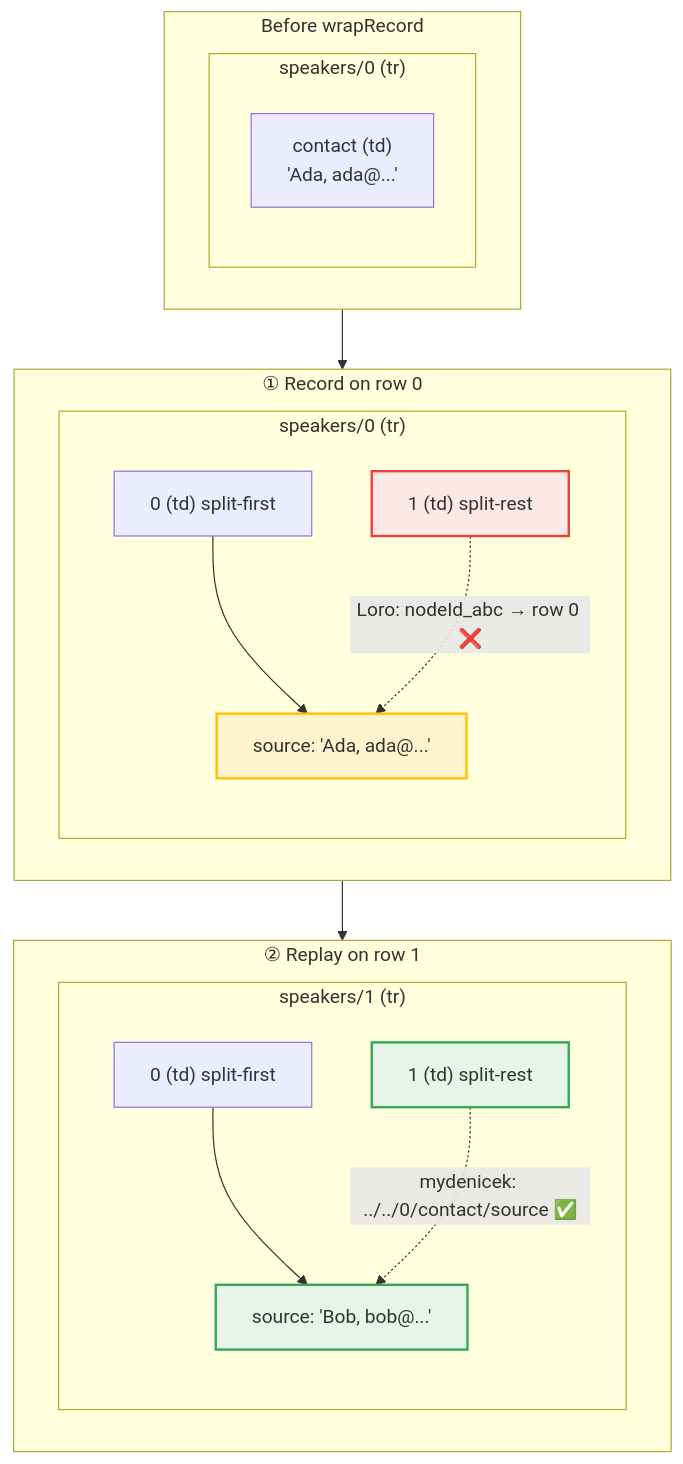
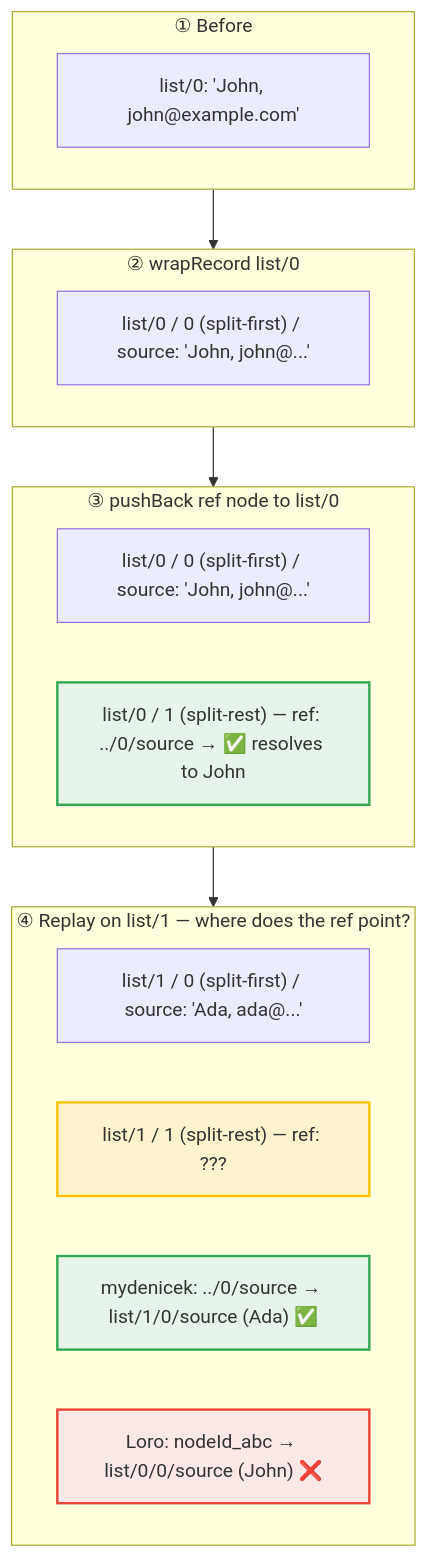
Before and after one commit to krsion/master-thesis: the diagram in img/retargeting.mmd, drawn with Mermaid. The commit also changed 1 other file, not shown here.

Commit message:
Redesign retargeting diagram: clear vertical 4-step walkthrough
Before → wrapRecord → pushBack ref node → Replay on different row
with Loro (wrong target) vs mydenicek (correct target) comparison.

```diff
--- a/img/retargeting.mmd
+++ b/img/retargeting.mmd
@@ -1,34 +1,27 @@
 graph TB
-    subgraph before["Before wrapRecord"]
-        subgraph B0["speakers/0 (tr)"]
-            B0C["contact (td)<br/>'Ada, ada@...'"]
-        end
+    subgraph step1["① Before"]
+        S1["list/0: 'John, john@example.com'"]
     end
 
-    subgraph record["① Record on row 0"]
-        subgraph R0["speakers/0 (tr)"]
-            R0a["0 (td) split-first"]
-            R0s["source: 'Ada, ada@...'"]
-            R0b["1 (td) split-rest"]
-            R0a --> R0s
-        end
+    subgraph step2["② wrapRecord list/0"]
+        S2a["list/0 / 0 (split-first) / source: 'John, john@...'"]
     end
 
-    subgraph replay["② Replay on row 1"]
-        subgraph R1["speakers/1 (tr)"]
-            R1a["0 (td) split-first"]
-            R1s["source: 'Bob, bob@...'"]
-            R1b["1 (td) split-rest"]
-            R1a --> R1s
-        end
+    subgraph step3["③ pushBack ref node to list/0"]
+        S3a["list/0 / 0 (split-first) / source: 'John, john@...'"]
+        S3b["list/0 / 1 (split-rest) — ref: ../0/source → ✅ resolves to John"]
     end
 
-    before --> record --> replay
+    subgraph step4["④ Replay on list/1 — where does the ref point?"]
+        S4a["list/1 / 0 (split-first) / source: 'Ada, ada@...'"]
+        S4b["list/1 / 1 (split-rest) — ref: ???"]
+        S4c["mydenicek: ../0/source → list/1/0/source (Ada) ✅"]
+        S4d["Loro: nodeId_abc → list/0/0/source (John) ❌"]
+    end
 
-    R0b -. "Loro: nodeId_abc → row 0 ❌" .-> R0s
-    R1b -. "mydenicek: ../../0/contact/source ✅" .-> R1s
+    step1 --> step2 --> step3 --> step4
 
-    style R0b fill:#fce8e6,stroke:#ea4335,stroke-width:2px
-    style R1b fill:#e6f4ea,stroke:#34a853,stroke-width:2px
-    style R0s fill:#fff3cd,stroke:#ffc107,stroke-width:2px
-    style R1s fill:#e6f4ea,stroke:#34a853,stroke-width:2px
+    style S3b fill:#e6f4ea,stroke:#34a853,stroke-width:2px
+    style S4b fill:#fff3cd,stroke:#ffc107,stroke-width:2px
+    style S4c fill:#e6f4ea,stroke:#34a853,stroke-width:2px
+    style S4d fill:#fce8e6,stroke:#ea4335,stroke-width:2px
```
